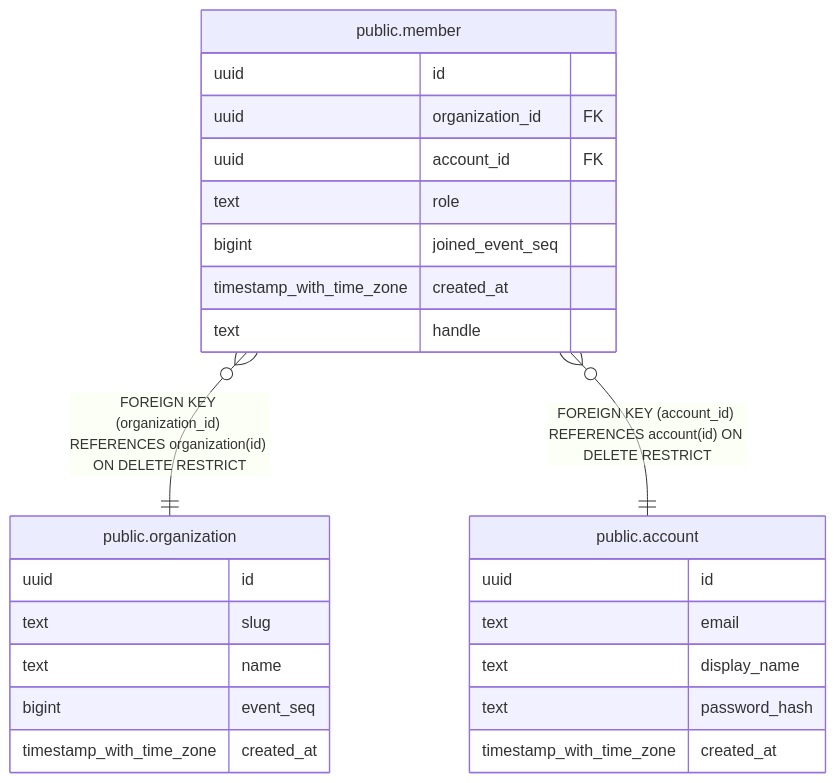
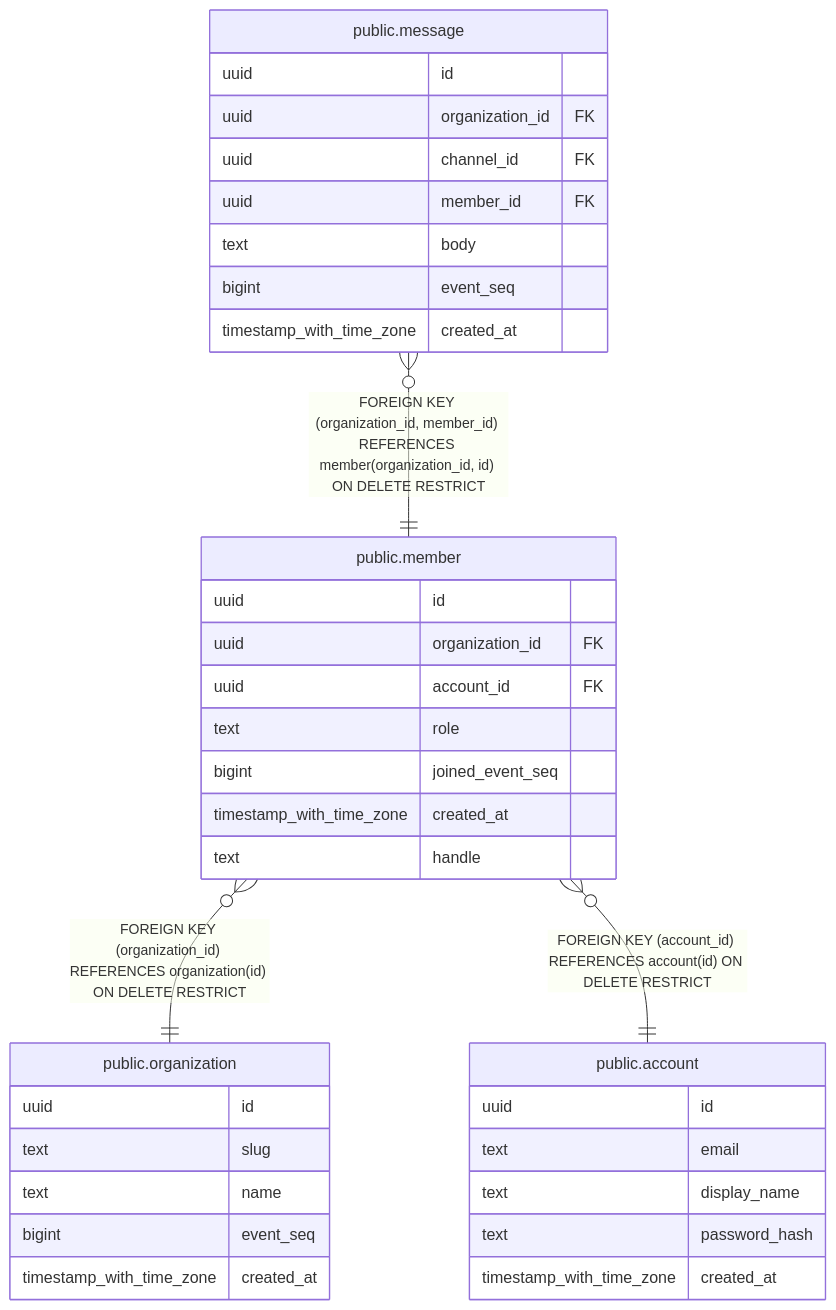
Before and after one commit to tkakkie/ribbitto: the diagram in docs/schema/public.member.md, drawn with Mermaid. The commit also changed other lines of this file and 20 other files, not shown here.

First line of the commit message:
feat: add channel and message schema and validation

````diff
--- a/docs/schema/public.member.md
+++ b/docs/schema/public.member.md
@@ -48,30 +48,40 @@
 ```mermaid
 erDiagram
 
+"public.message" }o--|| "public.member" : "FOREIGN KEY (organization_id, member_id) REFERENCES member(organization_id, id) ON DELETE RESTRICT"
 "public.member" }o--|| "public.organization" : "FOREIGN KEY (organization_id) REFERENCES organization(id) ON DELETE RESTRICT"
 "public.member" }o--|| "public.account" : "FOREIGN KEY (account_id) REFERENCES account(id) ON DELETE RESTRICT"
 
 "public.member" {
   uuid id
   uuid organization_id FK
   uuid account_id FK
   text role
   bigint joined_event_seq
   timestamp_with_time_zone created_at
   text handle
+}
+"public.message" {
+  uuid id
+  uuid organization_id FK
+  uuid channel_id FK
+  uuid member_id FK
+  text body
+  bigint event_seq
+  timestamp_with_time_zone created_at
 }
 "public.organization" {
   uuid id
   text slug
   text name
   bigint event_seq
   timestamp_with_time_zone created_at
 }
 "public.account" {
   uuid id
   text email
   text display_name
   text password_hash
   timestamp_with_time_zone created_at
 }
 ```
````
